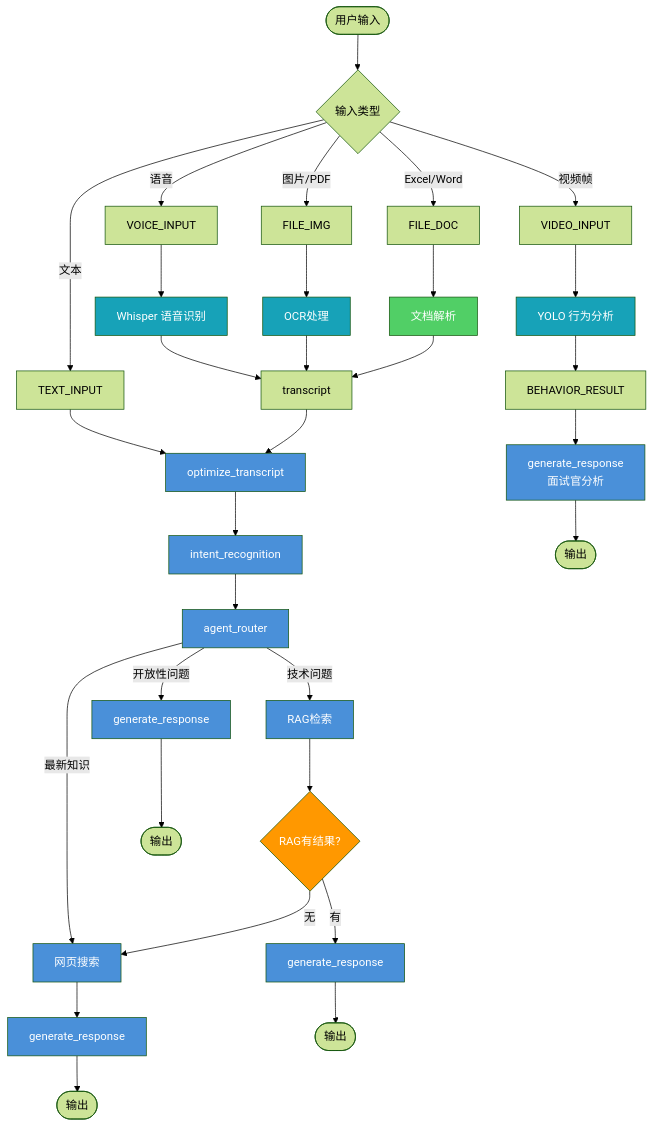
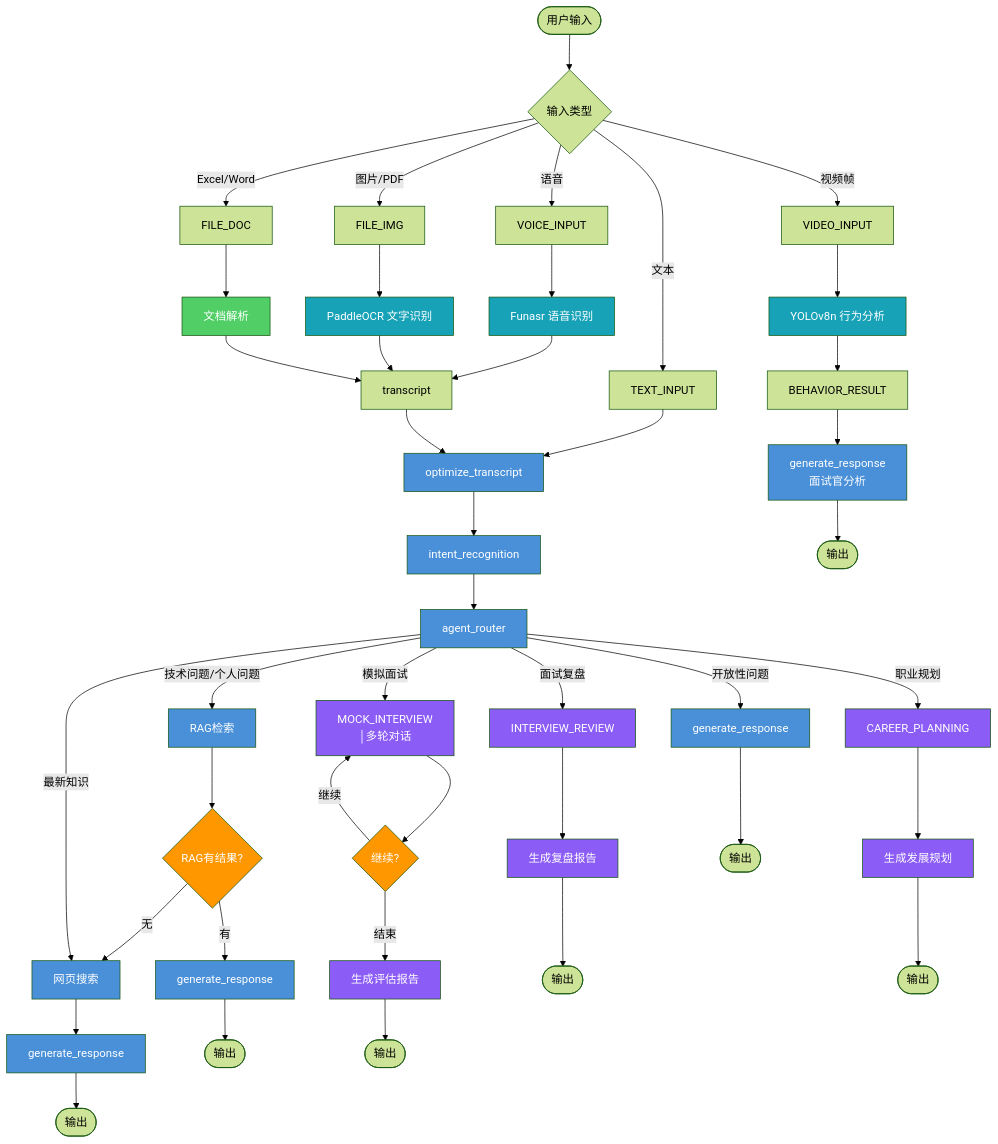
Before and after one commit to MM-arthur/LangChain-AI-Stack: the first of 5 diagrams in README.md, drawn with Mermaid (forest theme). The commit also changed other lines of this file, not shown here.

Commit message:
docs: 更新数据流图（职业意图路由 + RAG分支）+ AgentState新增字段
- 数据流图：新增 mock_interview / interview_review / career_planning 三个职业意图分支
- 节点列表：去重（agent_router 重复）+ 标注新增紫色意图节点
- AgentState：新增 intent_mode / mock_interview_mode / interview_history / review_report / career_plan 字段
- 与传统实现区别表：更新 MemorySaver → SqliteSaver，新增会话持久化行

````diff
--- a/README.md
+++ b/README.md
@@ -155,59 +155,82 @@
 ```mermaid
 graph TD
     START([用户输入]) --> INPUT_TYPE{输入类型}
 
     INPUT_TYPE -->|文本| TEXT_INPUT
     INPUT_TYPE -->|语音| VOICE_INPUT
     INPUT_TYPE -->|视频帧| VIDEO_INPUT
     INPUT_TYPE -->|图片/PDF| FILE_IMG
     INPUT_TYPE -->|Excel/Word| FILE_DOC
 
     TEXT_INPUT --> OPTIMIZE
-    VOICE_INPUT --> WHISPER[Whisper 语音识别]
+    VOICE_INPUT --> WHISPER[Funasr 语音识别]
     WHISPER --> TRANSCRIPT[transcript]
     TRANSCRIPT --> OPTIMIZE
 
-    FILE_IMG --> OCR[OCR处理]
+    FILE_IMG --> OCR[PaddleOCR 文字识别]
     OCR --> TRANSCRIPT
 
     FILE_DOC --> DOC_PARSE[文档解析]
     DOC_PARSE --> TRANSCRIPT
 
-    VIDEO_INPUT --> YOLO[YOLO 行为分析]
+    VIDEO_INPUT --> YOLO[YOLOv8n 行为分析]
     YOLO --> BEHAVIOR_RESULT
 
     OPTIMIZE[optimize_transcript] --> INTENT[intent_recognition]
     INTENT --> ROUTER[agent_router]
 
-    ROUTER -->|技术问题| RAG[RAG检索]
+    ROUTER -->|技术问题/个人问题| RAG[RAG检索]
+    RAG --> CHECK1{RAG有结果?}
+    CHECK1 -->|有| GENERATE_RAG[generate_response]
+    CHECK1 -->|无| SEARCH
+
     ROUTER -->|最新知识| SEARCH[网页搜索]
-    ROUTER -->|开放性问题| GENERATE1[generate_response]
+    SEARCH --> GENERATE_WEB[generate_response]
 
-    RAG --> CHECK{RAG有结果?}
-    CHECK -->|有| GENERATE2[generate_response]
-    CHECK -->|无| SEARCH
+    ROUTER -->|开放性问题| GENERATE_OPEN[generate_response]
 
-    SEARCH --> GENERATE3[generate_response]
+    ROUTER -->|模拟面试| MOCK[MOCK_INTERVIEW
+    │多轮对话]
+    MOCK --> MOCK_LOOP{继续?}
+    MOCK_LOOP -->|继续| MOCK
+    MOCK_LOOP -->|结束| MOCK_REPORT[生成评估报告]
 
-    BEHAVIOR_RESULT --> BEHAVIOR_RESP[generate_response<br/>面试官分析]
+    ROUTER -->|面试复盘| REVIEW[INTERVIEW_REVIEW]
+    REVIEW --> REVIEW_RPT[生成复盘报告]
 
-    GENERATE1 --> END1([输出])
-    GENERATE2 --> END2([输出])
-    GENERATE3 --> END3([输出])
+    ROUTER -->|职业规划| CAREER[CAREER_PLANNING]
+    CAREER --> CAREER_PLAN[生成发展规划]
+
+    BEHAVIOR_RESULT --> BEHAVIOR_RESP[generate_response
+    面试官分析]
+
+    GENERATE_RAG --> END1([输出])
+    GENERATE_WEB --> END2([输出])
+    GENERATE_OPEN --> END3([输出])
     BEHAVIOR_RESP --> END4([输出])
+    MOCK_REPORT --> END5([输出])
+    REVIEW_RPT --> END6([输出])
+    CAREER_PLAN --> END7([输出])
 
-    style WHISPER fill:#17a2b8,color:#fff
-    style YOLO fill:#17a2b8,color:#fff
-    style OCR fill:#17a2b8,color:#fff
-    style DOC_PARSE fill:#51cf66,color:#fff
     style OPTIMIZE fill:#4a90d9,color:#fff
     style INTENT fill:#4a90d9,color:#fff
     style ROUTER fill:#4a90d9,color:#fff
     style RAG fill:#4a90d9,color:#fff
     style SEARCH fill:#4a90d9,color:#fff
-    style GENERATE1 fill:#4a90d9,color:#fff
-    style GENERATE2 fill:#4a90d9,color:#fff
-    style GENERATE3 fill:#4a90d9,color:#fff
+    style MOCK fill:#8b5cf6,color:#fff
+    style REVIEW fill:#8b5cf6,color:#fff
+    style CAREER fill:#8b5cf6,color:#fff
+    style GENERATE_RAG fill:#4a90d9,color:#fff
+    style GENERATE_WEB fill:#4a90d9,color:#fff
+    style GENERATE_OPEN fill:#4a90d9,color:#fff
     style BEHAVIOR_RESP fill:#4a90d9,color:#fff
-    style CHECK fill:#ff9800,color:#fff
+    style MOCK_REPORT fill:#8b5cf6,color:#fff
+    style REVIEW_RPT fill:#8b5cf6,color:#fff
+    style CAREER_PLAN fill:#8b5cf6,color:#fff
+    style WHISPER fill:#17a2b8,color:#fff
+    style YOLO fill:#17a2b8,color:#fff
+    style OCR fill:#17a2b8,color:#fff
+    style DOC_PARSE fill:#51cf66,color:#fff
+    style CHECK1 fill:#ff9800,color:#fff
+    style MOCK_LOOP fill:#ff9800,color:#fff
 ```
````
